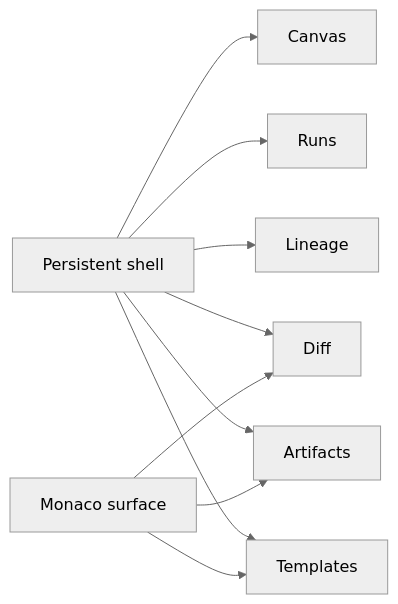
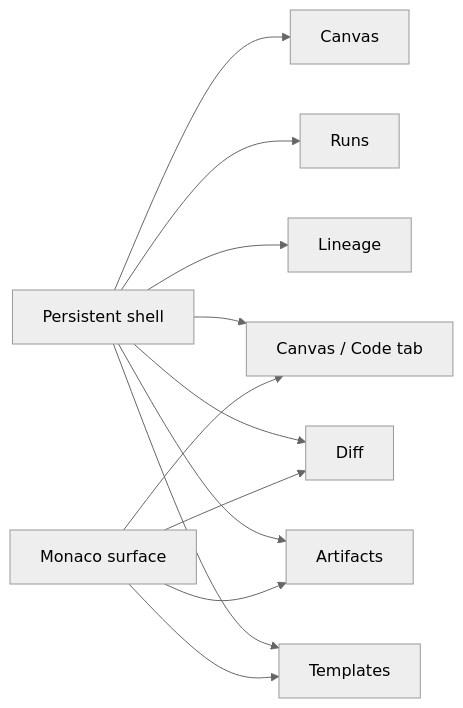
Before and after one commit to dunay2/dvt: the first of 4 diagrams in docs/planning/proposals/monaco-workbench-integration-rationale-20260402.md, drawn with Mermaid (neutral theme). The commit also changed other lines of this file and 29 other files, not shown here.

Commit message:
feat(web): Enable editable Code Monaco buffer

````diff
--- a/docs/planning/proposals/monaco-workbench-integration-rationale-20260402.md
+++ b/docs/planning/proposals/monaco-workbench-integration-rationale-20260402.md
@@ -38,13 +40,15 @@
 ```mermaid
 flowchart LR
   Shell["Persistent shell"] --> Canvas["Canvas"]
   Shell --> Runs["Runs"]
   Shell --> Lineage["Lineage"]
+  Shell --> CanvasCode["Canvas / Code tab"]
   Shell --> Diff["Diff"]
   Shell --> Artifacts["Artifacts"]
   Shell --> Templates["Templates"]
 
-  Monaco["Monaco surface"] --> Diff
+  Monaco["Monaco surface"] --> CanvasCode
+  Monaco --> Diff
   Monaco --> Artifacts
   Monaco --> Templates
 ```
````
